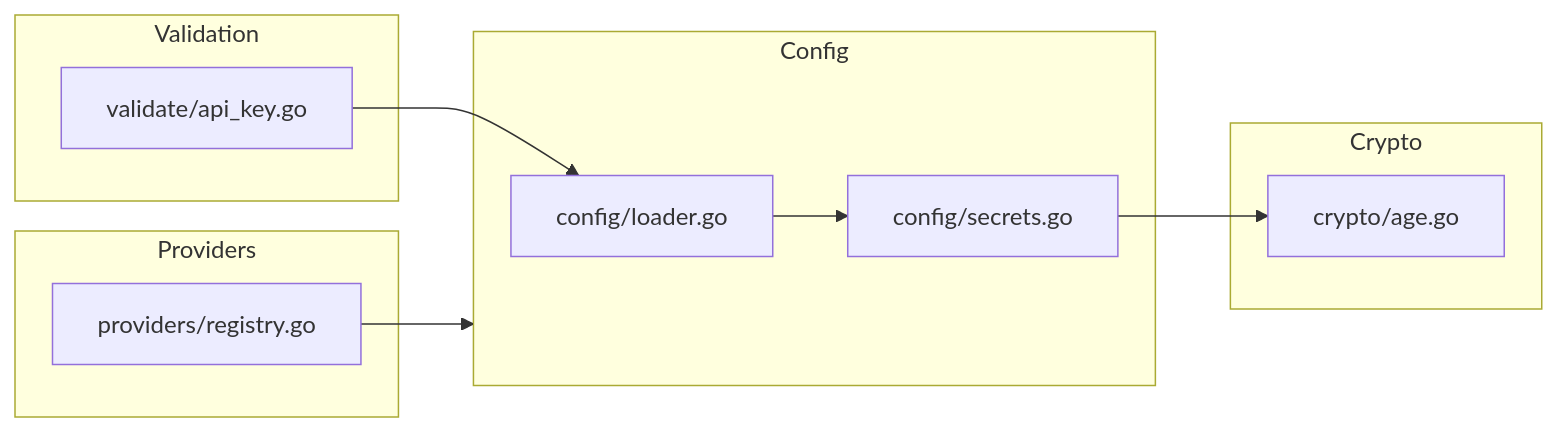
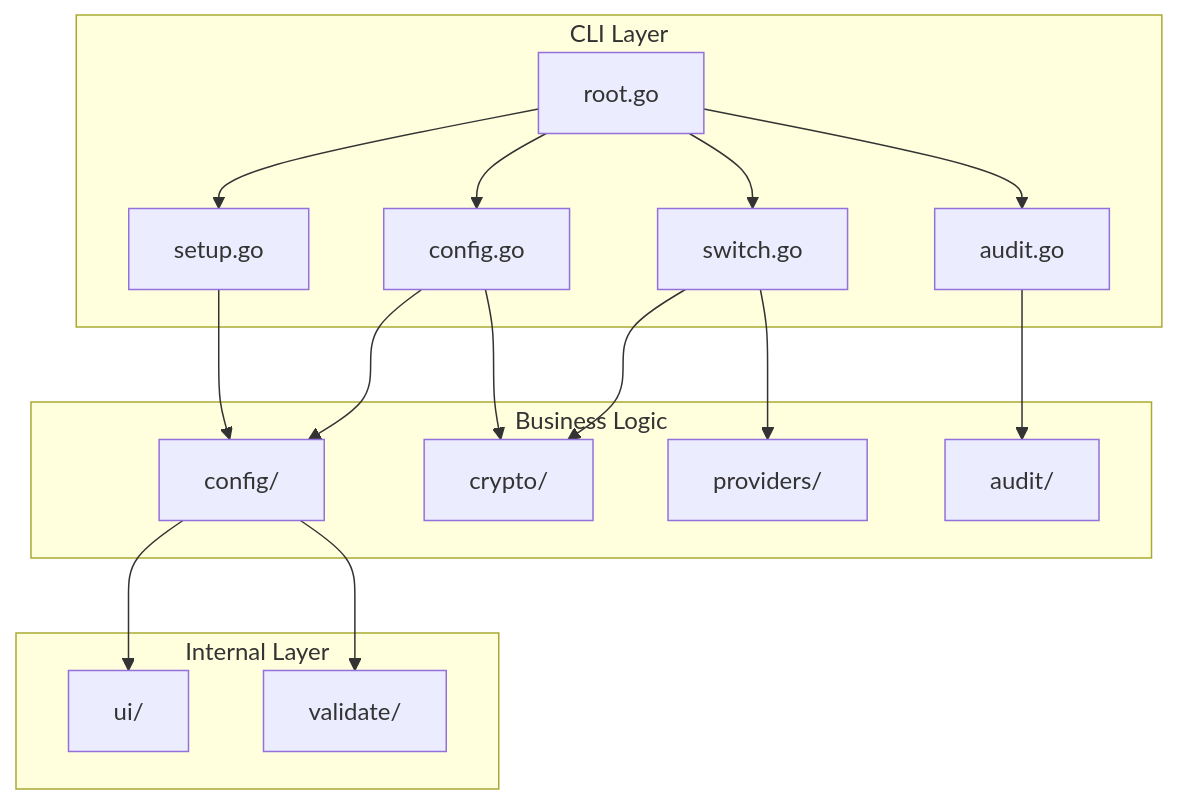
Before and after one commit to dkmnx/kairo: the first of 2 diagrams in internal/README.md, drawn with Mermaid. The commit also changed other lines of this file and 5 other files, not shown here.

First line of the commit message:
docs: update documentation for audit feature and architecture

````diff
--- a/internal/README.md
+++ b/internal/README.md
@@ -84,24 +7,35 @@
 ```mermaid
-flowchart LR
-    subgraph Config
-        Loader[config/loader.go]
-        Secrets[config/secrets.go]
+flowchart TB
+    subgraph cmd[CLI Layer]
+        Root[root.go]
+        Setup[setup.go]
+        Config[config.go]
+        Switch[switch.go]
+        Audit[audit.go]
     end
 
-    subgraph Crypto
-        Age[crypto/age.go]
+    subgraph internal[Internal Layer]
+        UI[ui/]
+        Validate[validate/]
     end
 
-    subgraph Providers
-        Registry[providers/registry.go]
+    subgraph biz[Business Logic]
+        ConfigBL[config/]
+        Crypto[crypto/]
+        Providers[providers/]
+        AuditBL[audit/]
     end
 
-    subgraph Validation
-        Validator[validate/api_key.go]
-    end
-
-    Loader --> Secrets
-    Secrets --> Age
-    Validator --> Loader
-    Registry --> Config
+    Root --> Setup
+    Root --> Config
+    Root --> Switch
+    Root --> Audit
+    Setup --> ConfigBL
+    Config --> ConfigBL
+    Config --> Crypto
+    Switch --> Providers
+    Switch --> Crypto
+    Audit --> AuditBL
+    ConfigBL --> UI
+    ConfigBL --> Validate
 ```
````
